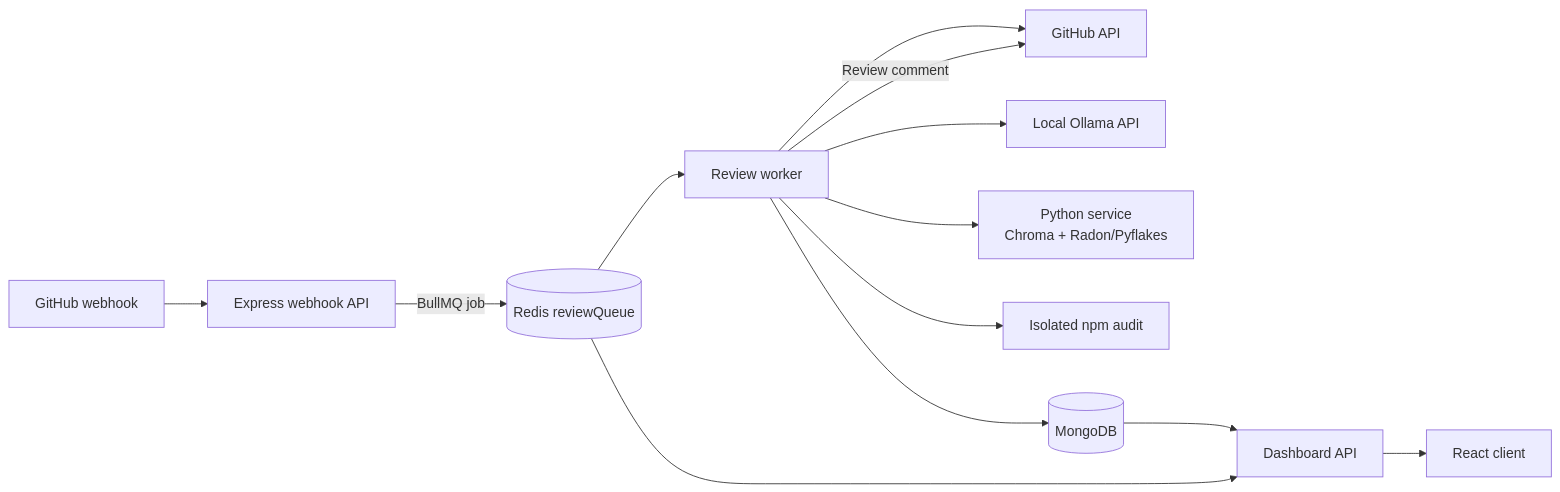
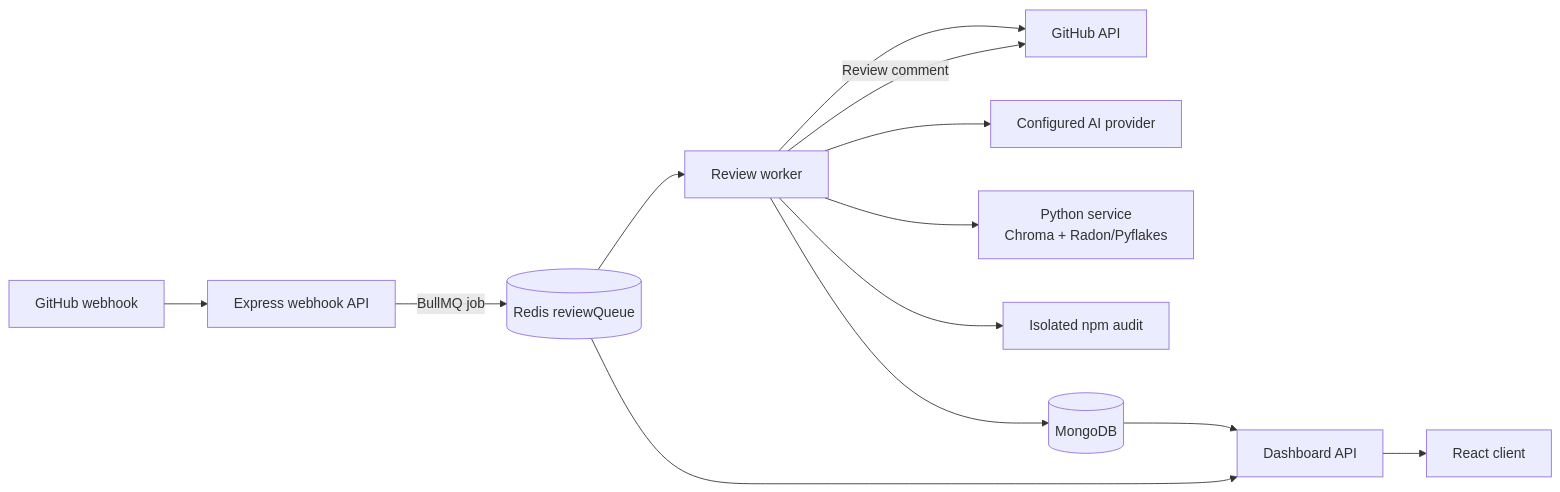
Before and after one commit to Vanshika17-05/PRism: the diagram in SYSTEM_DESIGN.md, drawn with Mermaid. The commit also changed other lines of this file and 11 other files, not shown here.

````diff
--- a/SYSTEM_DESIGN.md
+++ b/SYSTEM_DESIGN.md
@@ -5,15 +5,15 @@
 ```mermaid
 flowchart LR
   GH[GitHub webhook] --> API[Express webhook API]
   API -->|BullMQ job| R[(Redis reviewQueue)]
   R --> W[Review worker]
   W --> GHA[GitHub API]
-  W --> AI[Local Ollama API]
+  W --> AI[Configured AI provider]
   W --> PY[Python service\nChroma + Radon/Pyflakes]
   W --> AUDIT[Isolated npm audit]
   W --> DB[(MongoDB)]
   W -->|Review comment| GHA
   DB --> DASH[Dashboard API]
   R --> DASH
   DASH --> UI[React client]
 ```
````
